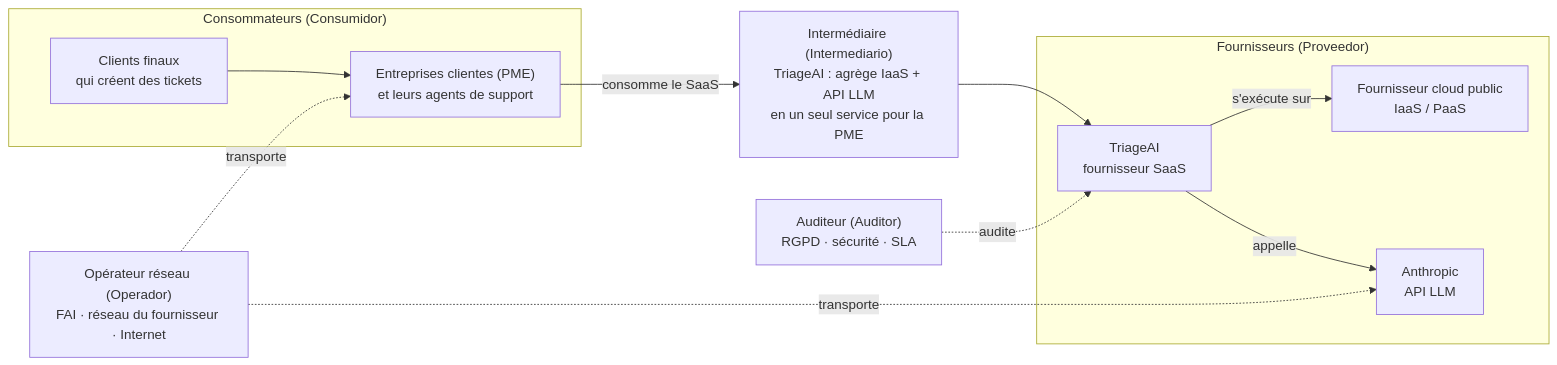
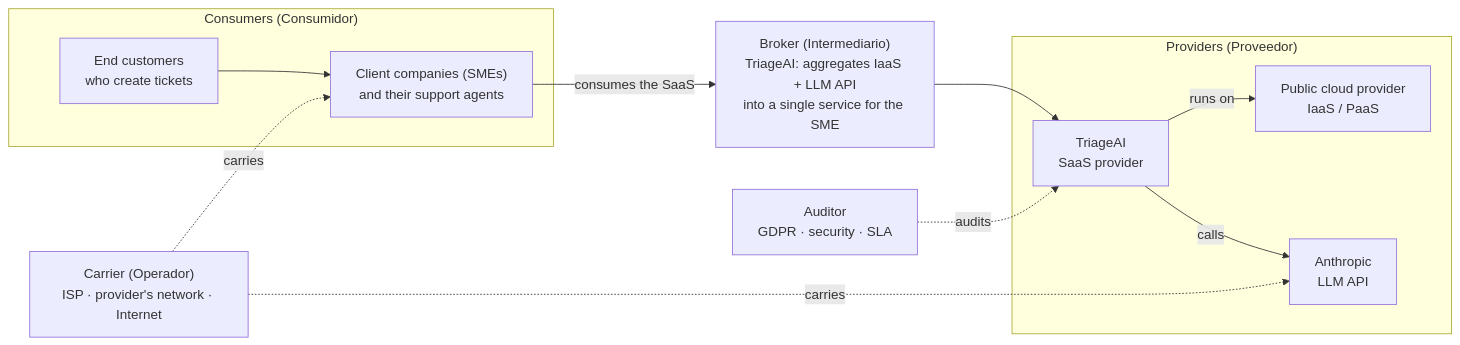
The second of 4 diagrams in README.md (elgmouad/triage-agentics), drawn with Mermaid before and after one commit. The commit also changed other lines of this file, not shown here.

````diff
--- a/README.md
+++ b/README.md
@@ -249,26 +247,26 @@
 ```mermaid
 flowchart LR
-    subgraph CONS["Consommateurs (Consumidor)"]
-        PME["Entreprises clientes (PME)<br/>et leurs agents de support"]
-        CLI["Clients finaux<br/>qui créent des tickets"]
+    subgraph CONS["Consumers (Consumidor)"]
+        PME["Client companies (SMEs)<br/>and their support agents"]
+        CLI["End customers<br/>who create tickets"]
     end
 
-    subgraph PROV["Fournisseurs (Proveedor)"]
-        TAI["TriageAI<br/>fournisseur SaaS"]
-        IAAS["Fournisseur cloud public<br/>IaaS / PaaS"]
-        ANT["Anthropic<br/>API LLM"]
+    subgraph PROV["Providers (Proveedor)"]
+        TAI["TriageAI<br/>SaaS provider"]
+        IAAS["Public cloud provider<br/>IaaS / PaaS"]
+        ANT["Anthropic<br/>LLM API"]
     end
 
-    BRK["Intermédiaire (Intermediario)<br/>TriageAI : agrège IaaS + API LLM<br/>en un seul service pour la PME"]
-    AUD["Auditeur (Auditor)<br/>RGPD · sécurité · SLA"]
-    CAR["Opérateur réseau (Operador)<br/>FAI · réseau du fournisseur · Internet"]
+    BRK["Broker (Intermediario)<br/>TriageAI: aggregates IaaS + LLM API<br/>into a single service for the SME"]
+    AUD["Auditor<br/>GDPR · security · SLA"]
+    CAR["Carrier (Operador)<br/>ISP · provider's network · Internet"]
 
     CLI --> PME
-    PME -- "consomme le SaaS" --> BRK
+    PME -- "consumes the SaaS" --> BRK
     BRK --> TAI
-    TAI -- "s'exécute sur" --> IAAS
-    TAI -- "appelle" --> ANT
-    AUD -. "audite" .-> TAI
-    CAR -. "transporte" .-> PME
-    CAR -. "transporte" .-> ANT
+    TAI -- "runs on" --> IAAS
+    TAI -- "calls" --> ANT
+    AUD -. "audits" .-> TAI
+    CAR -. "carries" .-> PME
+    CAR -. "carries" .-> ANT
 ```
````
